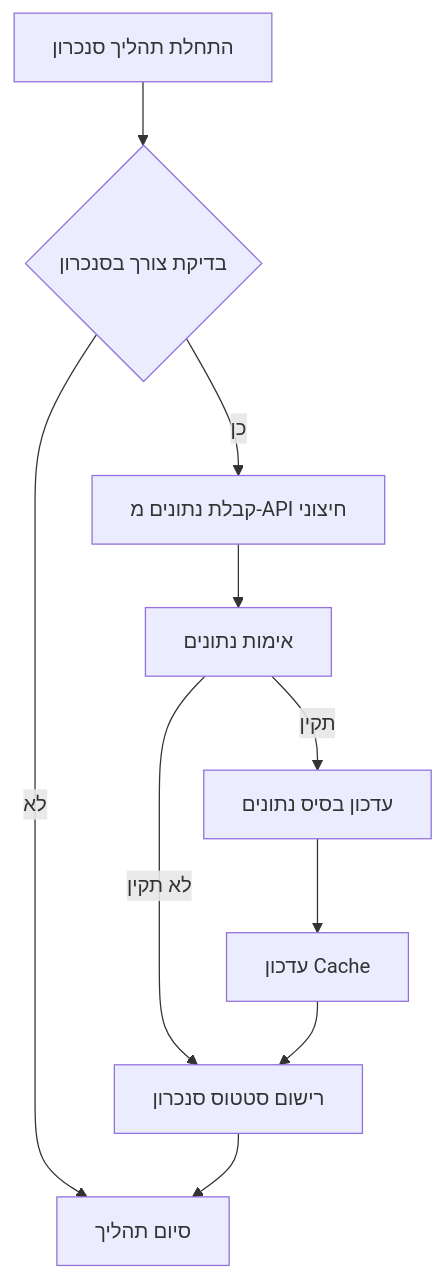
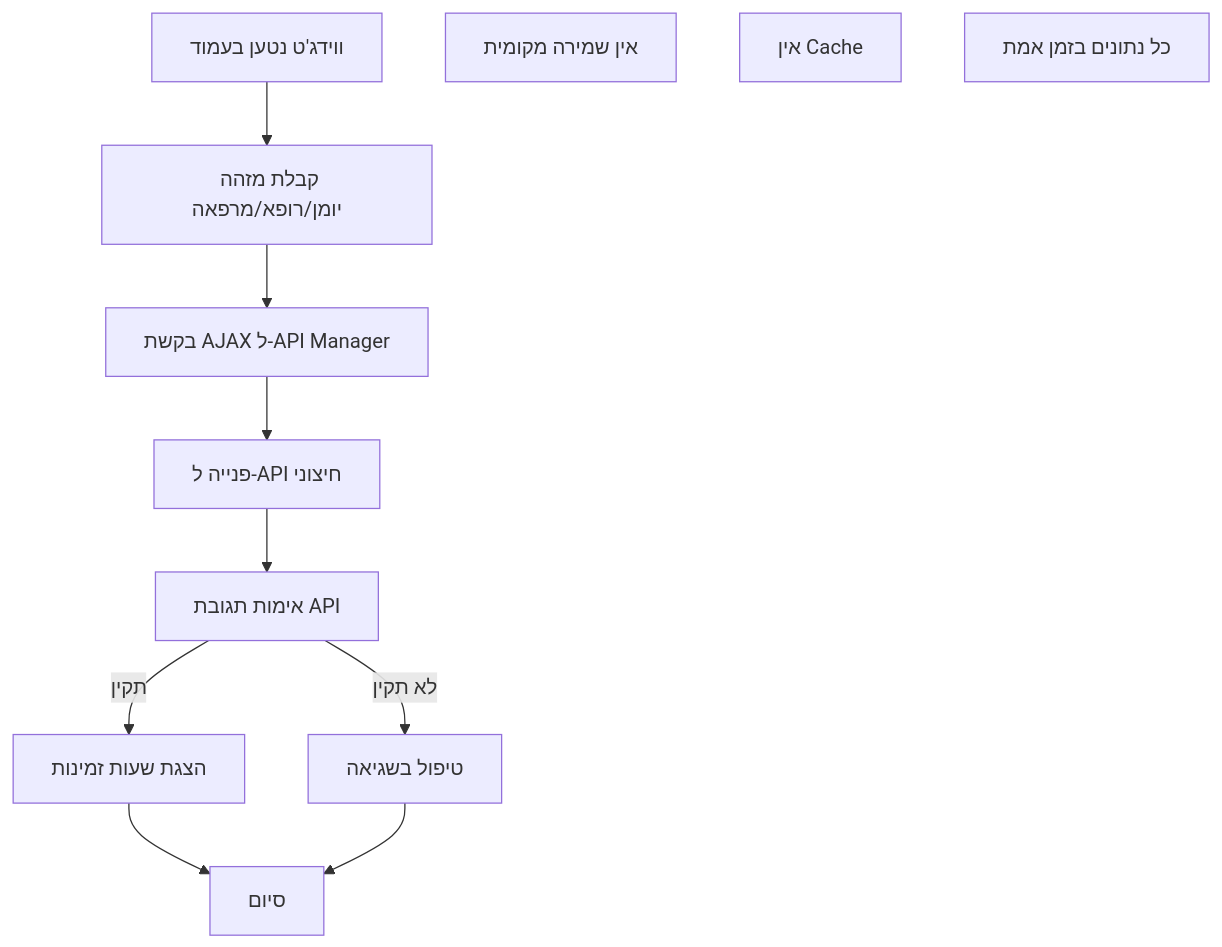
Before and after one commit to OrielBenMoshe/clinic-queue-management: the third of 8 diagrams in docs/FLOW_DIAGRAM.md, drawn with Mermaid. The commit also changed other lines of this file and 78 other files, not shown here.

````diff
--- a/docs/FLOW_DIAGRAM.md
+++ b/docs/FLOW_DIAGRAM.md
@@ -129,21 +113,24 @@
 ```mermaid
 flowchart TD
-    START[התחלת תהליך סנכרון]
-    CHECK{בדיקת צורך בסנכרון}
-    FETCH[קבלת נתונים מ-API חיצוני]
-    VALIDATE[אימות נתונים]
-    UPDATE[עדכון בסיס נתונים]
-    CACHE[עדכון Cache]
-    LOG[רישום סטטוס סנכרון]
-    END[סיום תהליך]
+    START[ווידג'ט נטען בעמוד]
+    GET_ID[קבלת מזהה יומן/רופא/מרפאה]
+    REQUEST[בקשת AJAX ל-API Manager]
+    FETCH[פנייה ל-API חיצוני]
+    VALIDATE[אימות תגובת API]
+    DISPLAY[הצגת שעות זמינות]
+    ERROR[טיפול בשגיאה]
+    END[סיום]
     
-    START --> CHECK
-    CHECK -->|כן| FETCH
-    CHECK -->|לא| END
+    START --> GET_ID
+    GET_ID --> REQUEST
+    REQUEST --> FETCH
     FETCH --> VALIDATE
-    VALIDATE -->|תקין| UPDATE
-    VALIDATE -->|לא תקין| LOG
-    UPDATE --> CACHE
-    CACHE --> LOG
-    LOG --> END
+    VALIDATE -->|תקין| DISPLAY
+    VALIDATE -->|לא תקין| ERROR
+    DISPLAY --> END
+    ERROR --> END
+    
+    Note1[אין שמירה מקומית]
+    Note2[אין Cache]
+    Note3[כל נתונים בזמן אמת]
 ```
````
